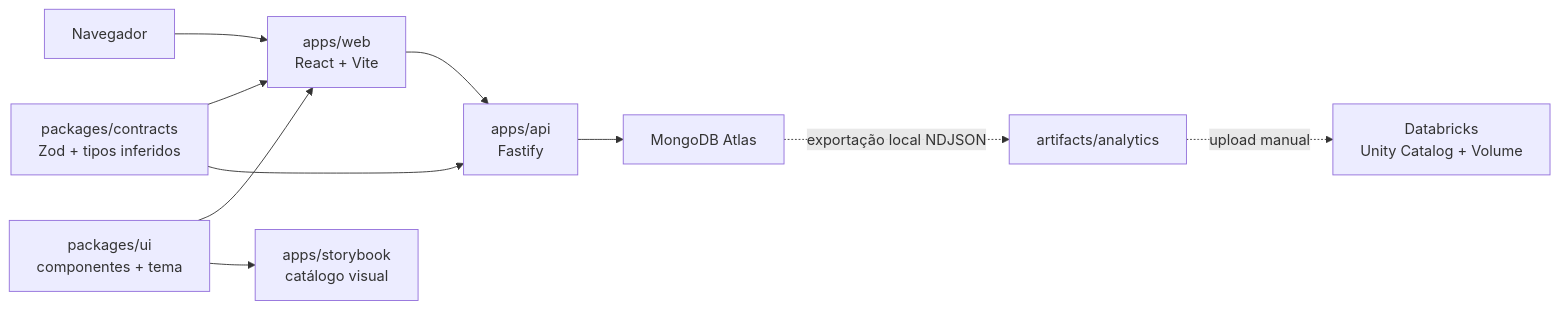
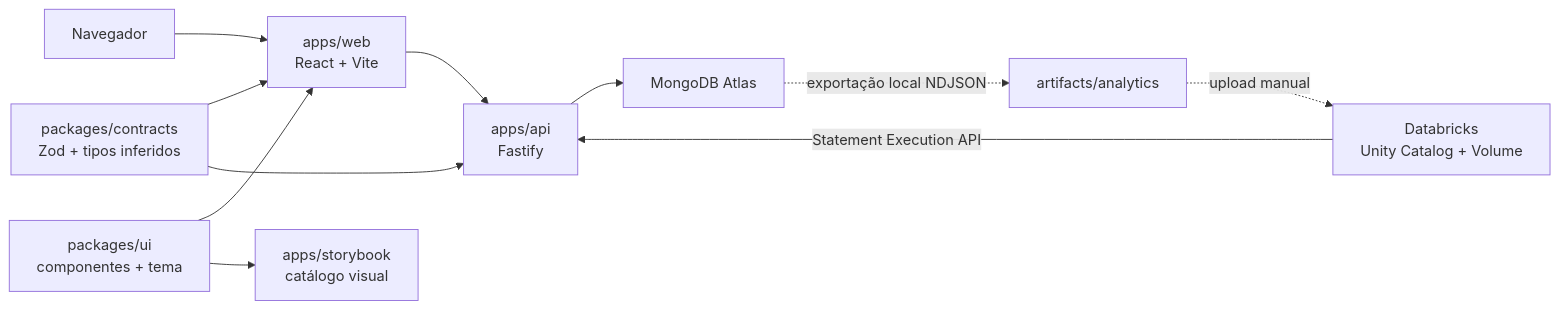
Before and after one commit to Joseafs/credit-decision-hub: the first of 4 diagrams in context/SDD.md, drawn with Mermaid. The commit also changed other lines of this file and 22 other files, not shown here.

````diff
--- a/context/SDD.md
+++ b/context/SDD.md
@@ -52,12 +53,13 @@
 ```mermaid
 flowchart LR
   Browser["Navegador"] --> Web["apps/web<br/>React + Vite"]
   Web --> Api["apps/api<br/>Fastify"]
   Api --> Mongo["MongoDB Atlas"]
   Contracts["packages/contracts<br/>Zod + tipos inferidos"] --> Web
   Contracts --> Api
   Ui["packages/ui<br/>componentes + tema"] --> Web
   Ui --> Storybook["apps/storybook<br/>catálogo visual"]
   Mongo -. "exportação local NDJSON" .-> Artifact["artifacts/analytics"]
   Artifact -. "upload manual" .-> Databricks["Databricks<br/>Unity Catalog + Volume"]
+  Databricks -->|"Statement Execution API"| Api
 ```
````
